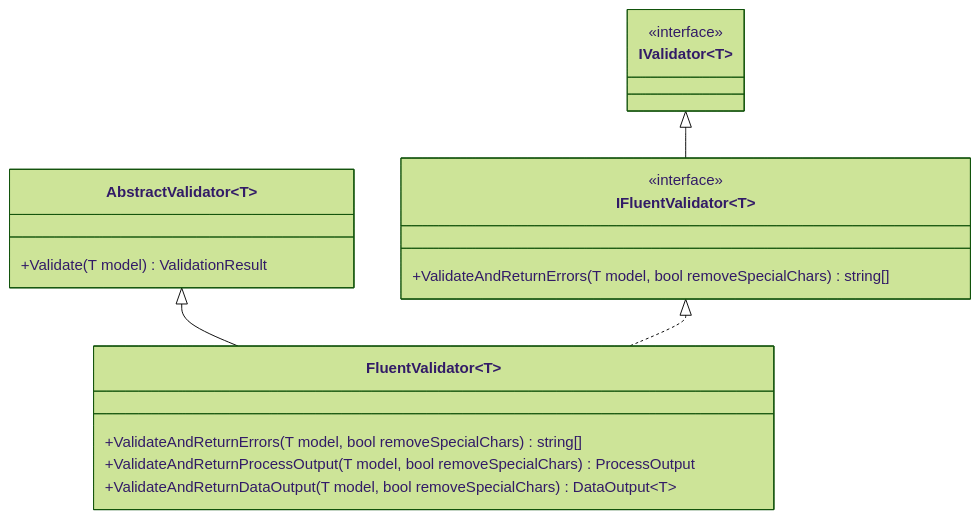
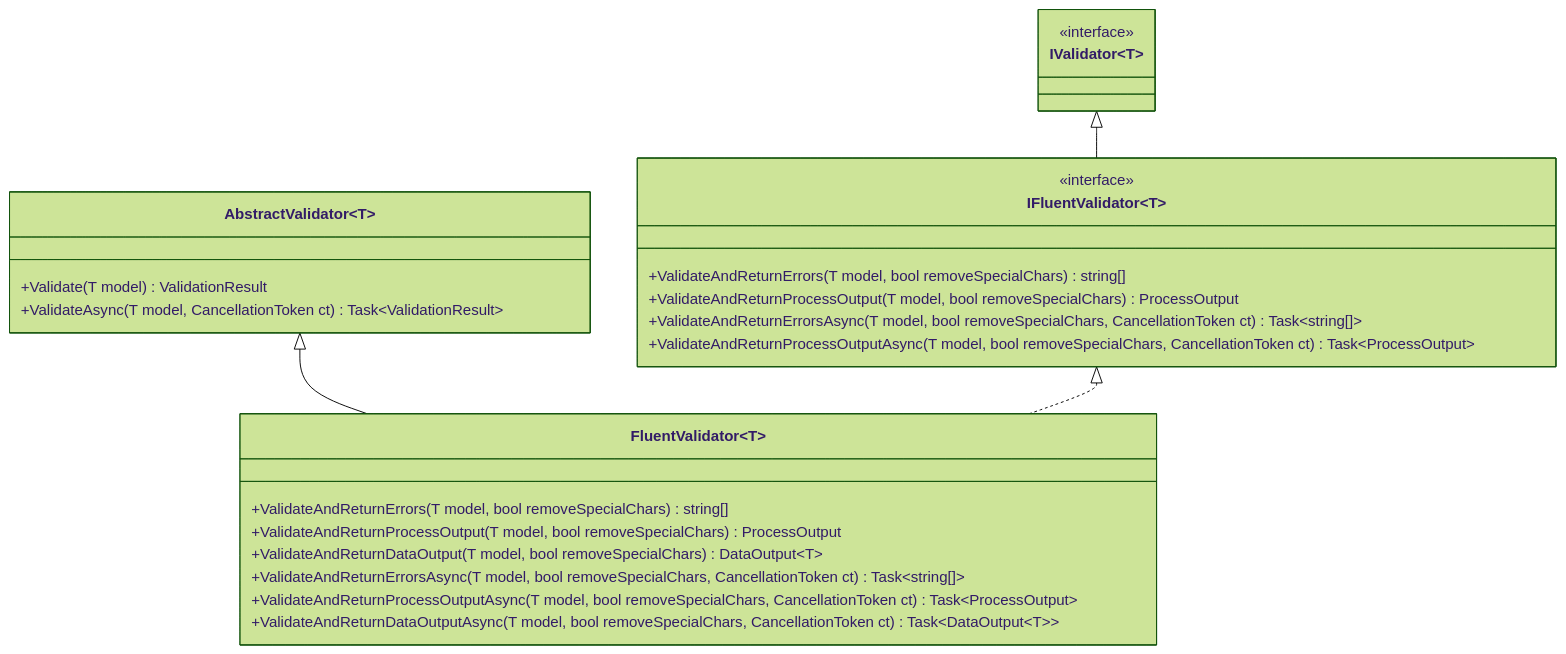
One commit to artur-rios/dotnet-validation changed the diagram in README.md. Above: the diagram before and after it, drawn with Mermaid (forest theme). The commit also changed other lines of this file and 11 other files, not shown here.

````diff
--- a/README.md
+++ b/README.md
@@ -23,21 +33,28 @@
 ```mermaid
 classDiagram
     class IValidator~T~ {
         <<interface>>
     }
     class IFluentValidator~T~ {
         <<interface>>
         +ValidateAndReturnErrors(T model, bool removeSpecialChars) string[]
+        +ValidateAndReturnProcessOutput(T model, bool removeSpecialChars) ProcessOutput
+        +ValidateAndReturnErrorsAsync(T model, bool removeSpecialChars, CancellationToken ct) Task~string[]~
+        +ValidateAndReturnProcessOutputAsync(T model, bool removeSpecialChars, CancellationToken ct) Task~ProcessOutput~
     }
     class AbstractValidator~T~ {
         +Validate(T model) ValidationResult
+        +ValidateAsync(T model, CancellationToken ct) Task~ValidationResult~
     }
     class FluentValidator~T~ {
         +ValidateAndReturnErrors(T model, bool removeSpecialChars) string[]
         +ValidateAndReturnProcessOutput(T model, bool removeSpecialChars) ProcessOutput
         +ValidateAndReturnDataOutput(T model, bool removeSpecialChars) DataOutput~T~
+        +ValidateAndReturnErrorsAsync(T model, bool removeSpecialChars, CancellationToken ct) Task~string[]~
+        +ValidateAndReturnProcessOutputAsync(T model, bool removeSpecialChars, CancellationToken ct) Task~ProcessOutput~
+        +ValidateAndReturnDataOutputAsync(T model, bool removeSpecialChars, CancellationToken ct) Task~DataOutput~T~~
     }
     IValidator~T~ <|-- IFluentValidator~T~
     AbstractValidator~T~ <|-- FluentValidator~T~
     IFluentValidator~T~ <|.. FluentValidator~T~
 ```
````
